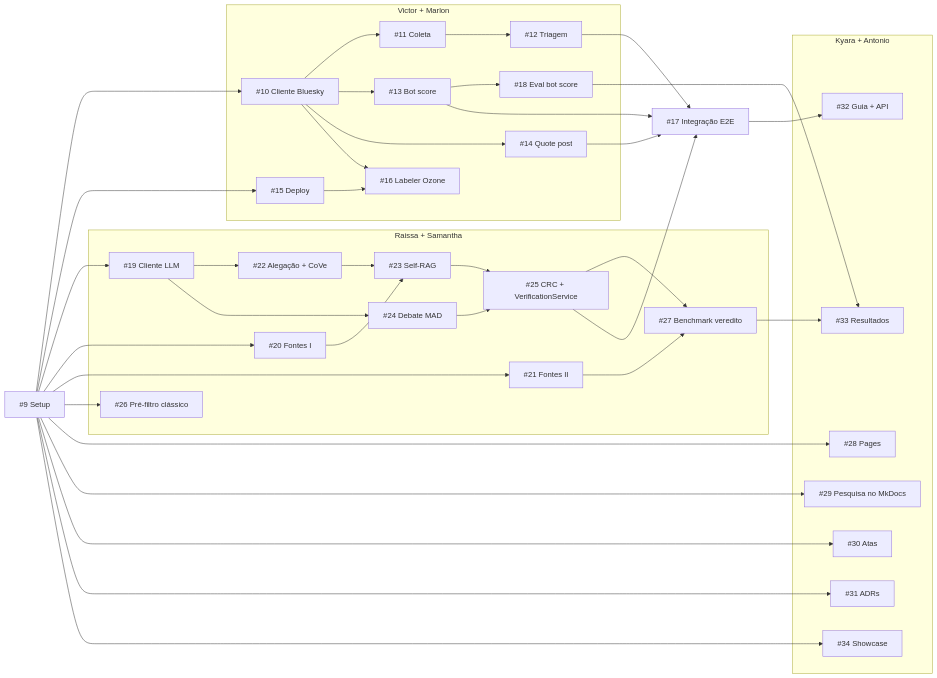
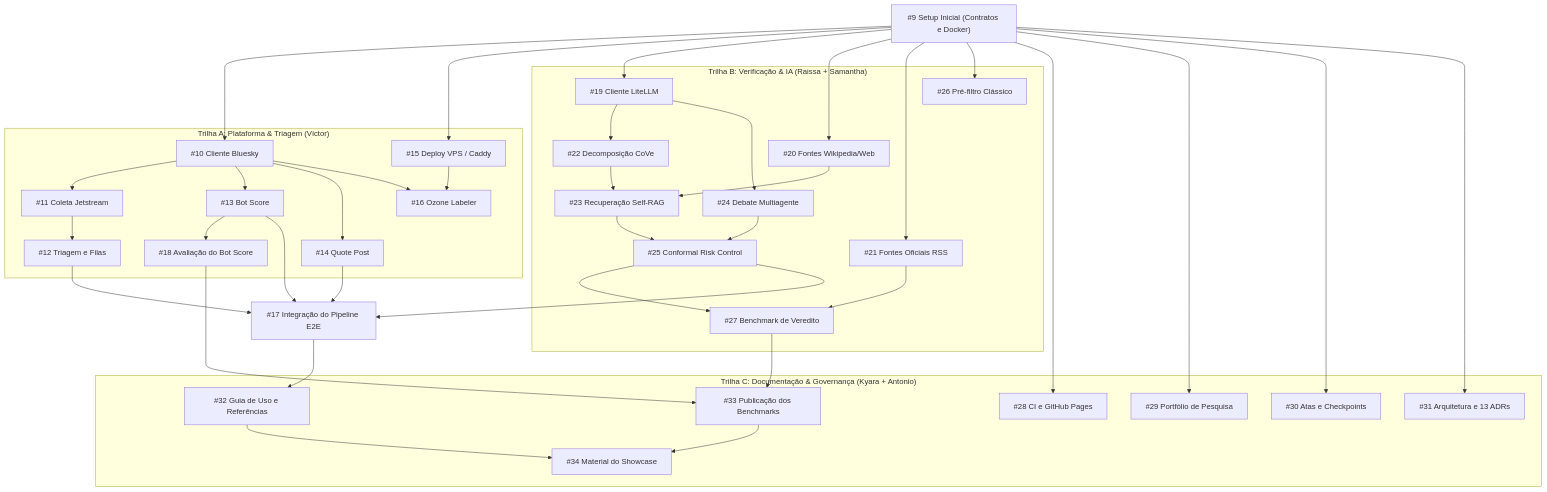
Before and after one commit to moonshinerd/ContrarIA: the first of 2 diagrams in docs/planejamento.md, drawn with Mermaid. The commit also changed other lines of this file and 21 other files, not shown here.

````diff
--- a/docs/planejamento.md
+++ b/docs/planejamento.md
@@ -29,38 +45,43 @@
 ```mermaid
-flowchart LR
-    T0["#9 Setup"]
+flowchart TD
+    Setup["#9 Setup Inicial (Contratos e Docker)"]
 
-    subgraph VM["Victor + Marlon"]
-        A1["#10 Cliente Bluesky"] --> A2["#11 Coleta"] --> A3["#12 Triagem"]
-        A1 --> A4["#13 Bot score"] --> R3["#18 Eval bot score"]
-        A1 --> A5["#14 Quote post"]
-        A6["#15 Deploy"] --> A7["#16 Labeler Ozone"]
+    subgraph TrilhaA["Trilha A: Plataforma & Triagem (Víctor)"]
+        A1["#10 Cliente Bluesky"] --> A2["#11 Coleta Jetstream"] --> A3["#12 Triagem e Filas"]
+        A1 --> A4["#13 Bot Score"] --> R3["#18 Avaliação do Bot Score"]
+        A1 --> A5["#14 Quote Post"]
+        A6["#15 Deploy VPS / Caddy"] --> A7["#16 Ozone Labeler"]
         A1 --> A7
     end
 
-    subgraph RS["Raissa + Samantha"]
-        B1["#19 Cliente LLM"] --> B4["#22 Alegação + CoVe"] --> B5["#23 Self-RAG"]
-        B2["#20 Fontes I"] --> B5
-        B1 --> B6["#24 Debate MAD"]
-        B5 --> B7["#25 CRC + VerificationService"]
+    subgraph TrilhaB["Trilha B: Verificação & IA (Raissa + Samantha)"]
+        B1["#19 Cliente LiteLLM"] --> B4["#22 Decomposição CoVe"] --> B5["#23 Recuperação Self-RAG"]
+        B2["#20 Fontes Wikipedia/Web"] --> B5
+        B1 --> B6["#24 Debate Multiagente"]
+        B5 --> B7["#25 Conformal Risk Control"]
         B6 --> B7
-        B3["#21 Fontes II"] --> R2["#27 Benchmark veredito"]
+        B3["#21 Fontes Oficiais RSS"] --> R2["#27 Benchmark de Veredito"]
         B7 --> R2
-        R1["#26 Pré-filtro clássico"]
+        R1["#26 Pré-filtro Clássico"]
     end
 
-    subgraph KA["Kyara + Antonio"]
-        D1["#28 Pages"]
-        D2["#29 Pesquisa no MkDocs"]
-        D3["#30 Atas"]
-        D4["#31 ADRs"]
-        D7["#34 Showcase"]
-        D5["#32 Guia + API"]
-        D6["#33 Resultados"]
+    subgraph TrilhaDoc["Trilha C: Documentação & Governança (Kyara + Antonio)"]
+        D1["#28 CI e GitHub Pages"]
+        D2["#29 Portfólio de Pesquisa"]
+        D3["#30 Atas e Checkpoints"]
+        D4["#31 Arquitetura e 13 ADRs"]
+        D5["#32 Guia de Uso e Referências"]
+        D6["#33 Publicação dos Benchmarks"]
+        D7["#34 Material do Showcase"]
     end
 
-    T0 --> A1 & A6 & B1 & B2 & B3 & R1 & D1 & D2 & D3 & D4 & D7
-    A3 & A4 & A5 & B7 --> INT["#17 Integração E2E"]
-    INT --> D5
+    %% Ponto de partida
+    Setup --> A1 & A6 & B1 & B2 & B3 & R1 & D1 & D2 & D3 & D4
+
+    %% Convergência E2E
+    A3 & A4 & A5 & B7 --> Integ["#17 Integração do Pipeline E2E"]
+    Integ --> D5
     R2 & R3 --> D6
+    D5 & D6 --> D7
+
 ```
````
